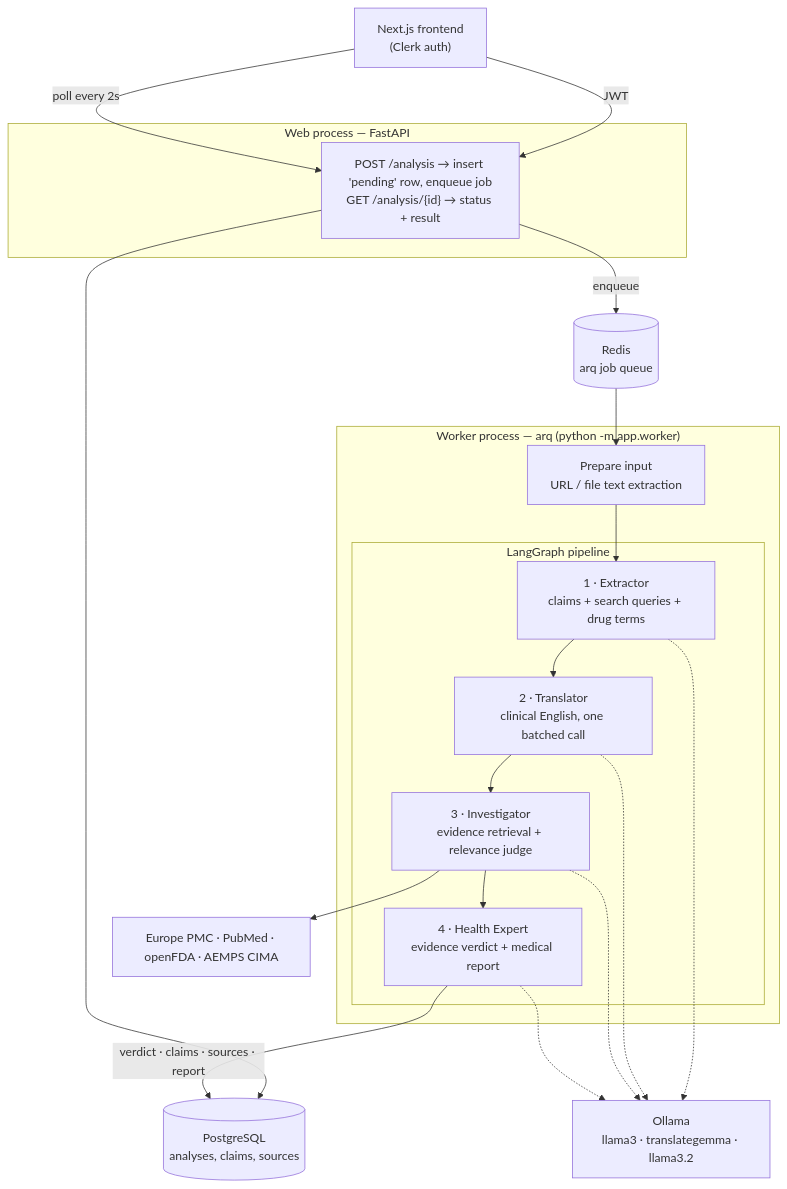
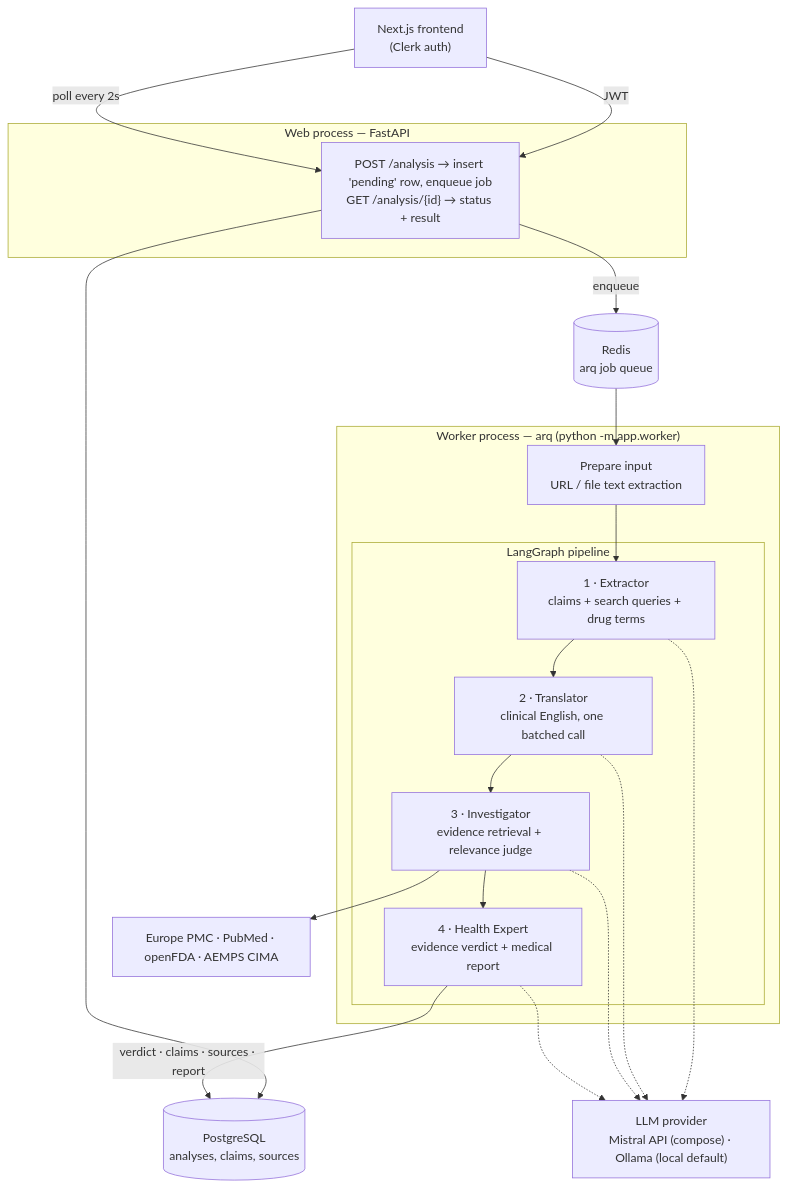
The diagram in README.md (ldelvillar/veritrust), drawn with Mermaid before and after one commit. The commit also changed other lines of this file and 1 other file, not shown here.

Commit message:
docs: correct the verdict mechanism and the LLM provider
- the label comes from Laplace-smoothed stance counts, not the retired BERT
- the Docker quick start needs MISTRAL_API_KEY, not Ollama model pulls
- drop model names and source counts that drift; Settings and compose own them

````diff
--- a/README.md
+++ b/README.md
@@ -14,38 +14,38 @@
 ```mermaid
 flowchart TB
     UI["Next.js frontend<br/>(Clerk auth)"]
 
     subgraph WEB["Web process — FastAPI"]
         API["POST /analysis → insert 'pending' row, enqueue job<br/>GET /analysis/{id} → status + result"]
     end
 
     PG[("PostgreSQL<br/>analyses, claims, sources")]
     REDIS[("Redis<br/>arq job queue")]
 
     subgraph WORKER["Worker process — arq (python -m app.worker)"]
         PREP["Prepare input<br/>URL / file text extraction"]
         subgraph GRAPH["LangGraph pipeline"]
             EX["1 · Extractor<br/>claims + search queries + drug terms"]
             TR["2 · Translator<br/>clinical English, one batched call"]
             IN["3 · Investigator<br/>evidence retrieval + relevance judge"]
             HE["4 · Health Expert<br/>evidence verdict + medical report"]
             EX --> TR --> IN --> HE
         end
         PREP --> EX
     end
 
-    OLLAMA["Ollama<br/>llama3 · translategemma · llama3.2"]
+    LLM["LLM provider<br/>Mistral API (compose) · Ollama (local default)"]
     LIT["Europe PMC · PubMed · openFDA · AEMPS CIMA"]
 
     UI -- "JWT" --> API
     API --> PG
     API -- "enqueue" --> REDIS
     REDIS --> PREP
-    EX -.-> OLLAMA
-    TR -.-> OLLAMA
-    IN -.-> OLLAMA
-    HE -.-> OLLAMA
+    EX -.-> LLM
+    TR -.-> LLM
+    IN -.-> LLM
+    HE -.-> LLM
     IN --> LIT
     HE -- "verdict · claims · sources · report" --> PG
     UI -- "poll every 2s" --> API
 ```
````
